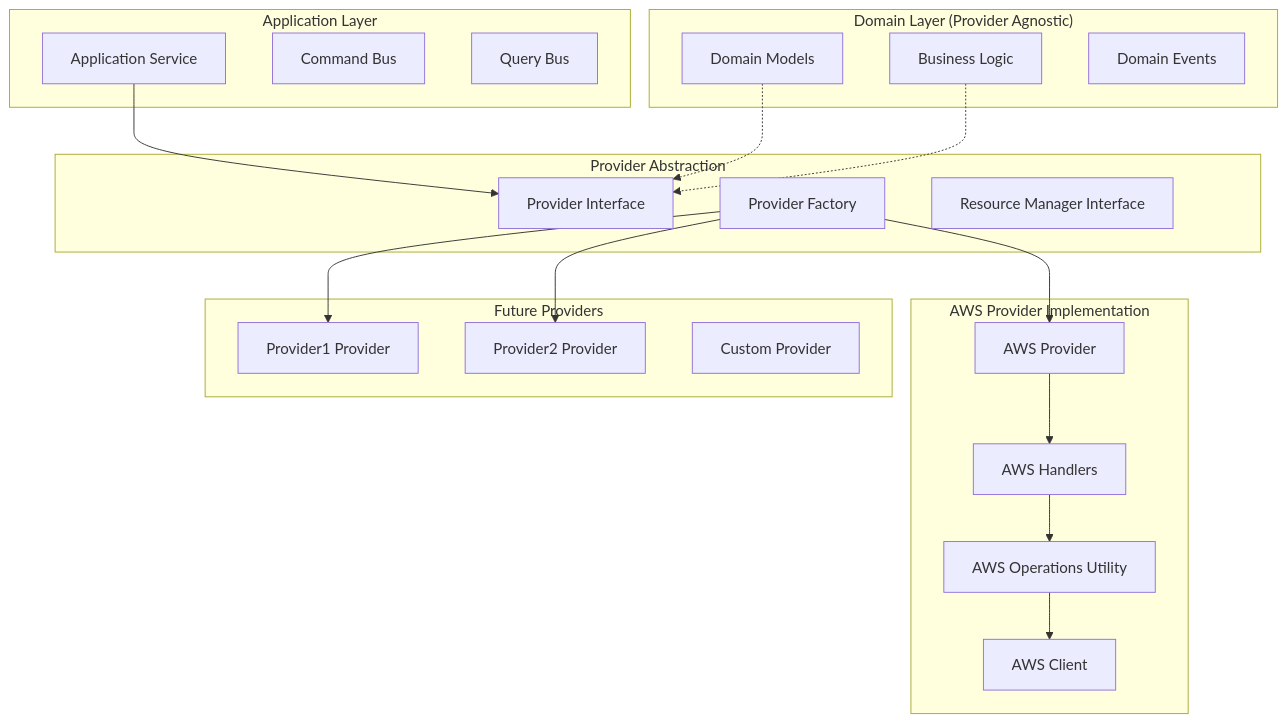
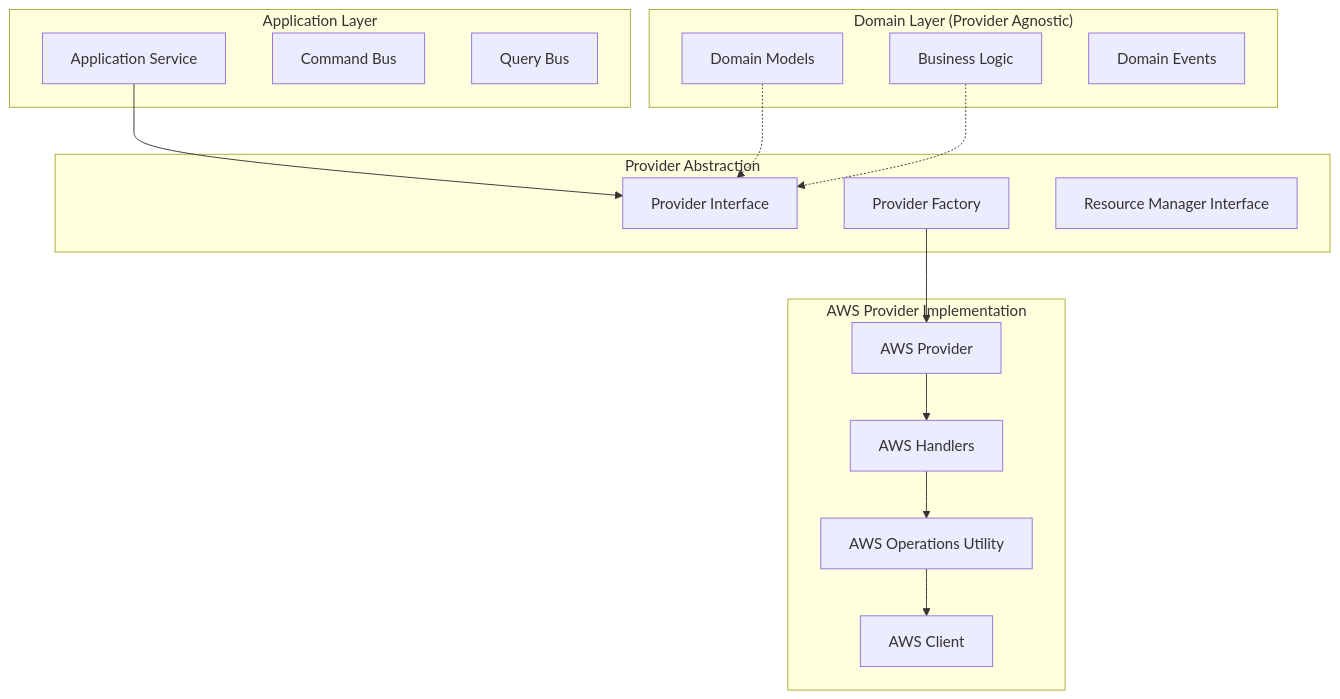
Before and after one commit to awslabs/open-resource-broker: the first of 2 diagrams in docs/root/developer_guide/providers.md, drawn with Mermaid. The commit also changed other lines of this file and 50 other files, not shown here.

````diff
--- a/docs/root/developer_guide/providers.md
+++ b/docs/root/developer_guide/providers.md
@@ -7,45 +7,37 @@
 ```mermaid
 graph TB
     subgraph "Domain Layer (Provider Agnostic)"
         DomainModels[Domain Models]
         BusinessLogic[Business Logic]
         DomainEvents[Domain Events]
     end
 
     subgraph "Application Layer"
         AppService[Application Service]
         CommandBus[Command Bus]
         QueryBus[Query Bus]
     end
 
     subgraph "Provider Abstraction"
         ProviderInterface[Provider Interface]
         ProviderFactory[Provider Factory]
         ResourceManager[Resource Manager Interface]
     end
 
     subgraph "AWS Provider Implementation"
         AWSProvider[AWS Provider]
         AWSHandlers[AWS Handlers]
         AWSOperations[AWS Operations Utility]
         AWSClient[AWS Client]
     end
 
-    subgraph "Future Providers"
-        AzureProvider[Provider1 Provider]
-        GCPProvider[Provider2 Provider]
-        CustomProvider[Custom Provider]
-    end
-
     AppService --> ProviderInterface
     ProviderFactory --> AWSProvider
-    ProviderFactory --> AzureProvider
-    ProviderFactory --> GCPProvider
 
     AWSProvider --> AWSHandlers
     AWSHandlers --> AWSOperations
     AWSOperations --> AWSClient
 
     DomainModels -.-> ProviderInterface
     BusinessLogic -.-> ProviderInterface
 ```
````
